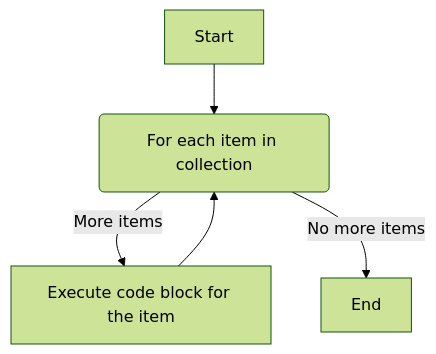
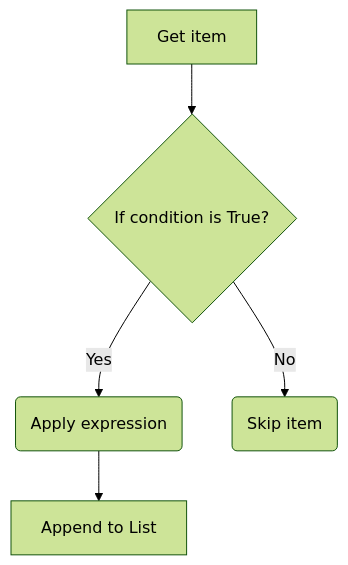
The third of 4 diagrams in README.md (riyann00b/SDHub-DS), drawn with Mermaid (forest theme) before and after one commit. The commit also changed other lines of this file, not shown here.

````diff
--- a/README.md
+++ b/README.md
@@ -199,7 +213,7 @@
-  ```mermaid
-  graph TD
-      A[Start] --> B(For each item in collection);
-      B -- More items --> C[Execute code block for the item];
-      C --> B;
-      B -- No more items --> D[End];
-  ```
+      ```mermaid
+      graph TD
+          A[Get item] --> B{If condition is True?};
+          B -- Yes --> C(Apply expression);
+          B -- No --> D(Skip item);
+          C --> E[Append to List];
+      ```
````
